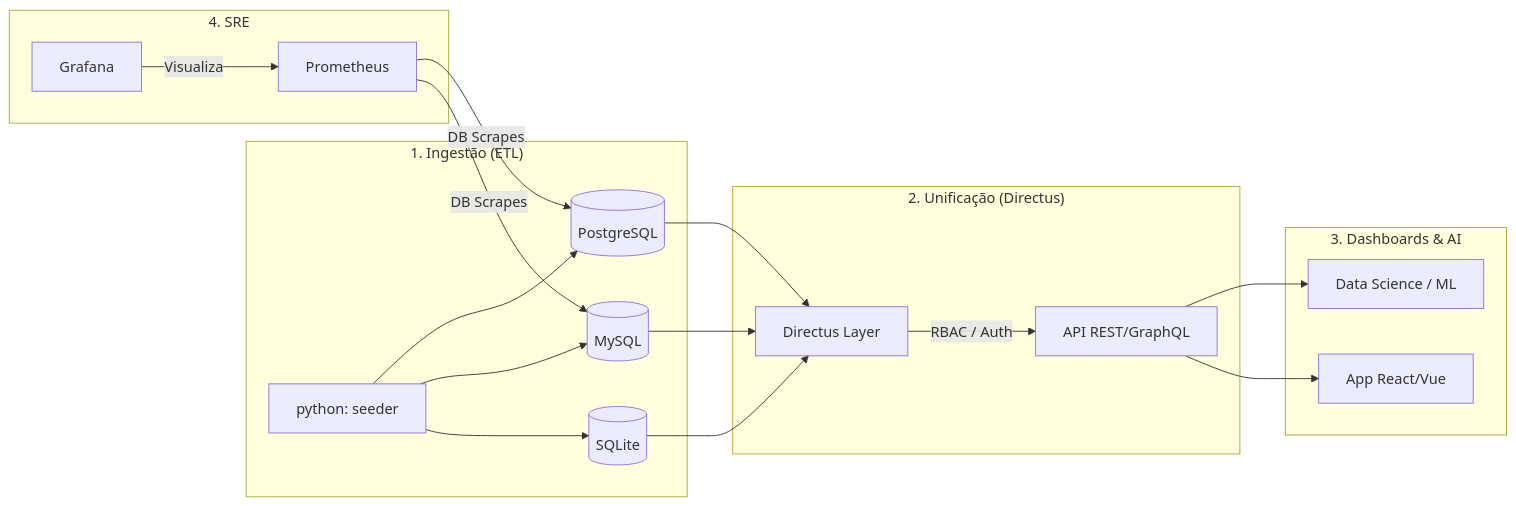
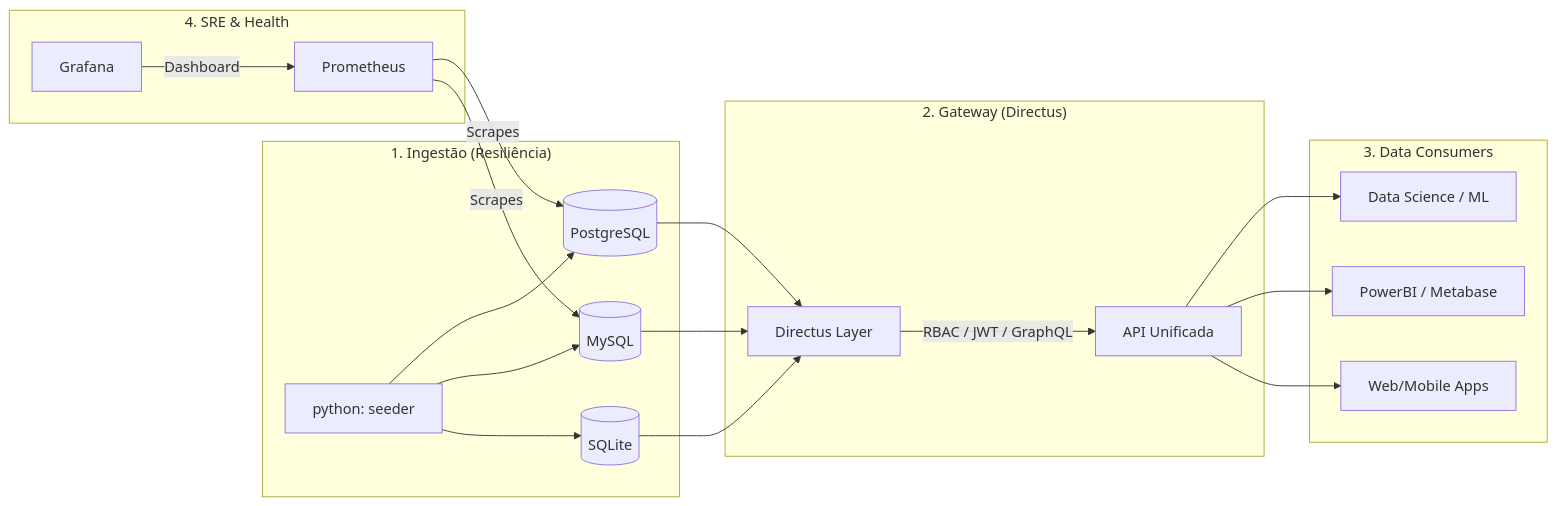
Before and after one commit to Rilen/PolyDB-Gateway: the diagram in README.md, drawn with Mermaid. The commit also changed other lines of this file and 3 other files, not shown here.

````diff
--- a/README.md
+++ b/README.md
@@ -54,26 +59,27 @@
 ```mermaid
 flowchart LR
-    subgraph Ingestao ["1. Ingestão (ETL)"]
+    subgraph Ingestao ["1. Ingestão (Resiliência)"]
         S[python: seeder] --> PG[(PostgreSQL)]
         S --> MY[(MySQL)]
         S --> SL[(SQLite)]
     end
 
-    subgraph Governança ["2. Unificação (Directus)"]
+    subgraph Unificacao ["2. Gateway (Directus)"]
         PG --> D[Directus Layer]
         MY --> D
         SL --> D
-        D -- "RBAC / Auth" --> API[API REST/GraphQL]
+        D -- "RBAC / JWT / GraphQL" --> API[API Unificada]
     end
 
-    subgraph Output ["3. Dashboards & AI"]
+    subgraph Consumo ["3. Data Consumers"]
         API --> DS[Data Science / ML]
-        API --> Web[App React/Vue]
+        API --> BI[PowerBI / Metabase]
+        API --> App[Web/Mobile Apps]
     end
 
-    subgraph Monitoramento ["4. SRE"]
-        PR[Prometheus] -- "DB Scrapes" --> PG
-        PR -- "DB Scrapes" --> MY
-        GR[Grafana] -- "Visualiza" --> PR
+    subgraph Observabilidade ["4. SRE & Health"]
+        PR[Prometheus] -- "Scrapes" --> PG
+        PR -- "Scrapes" --> MY
+        GR[Grafana] -- "Dashboard" --> PR
     end
 ```
````
